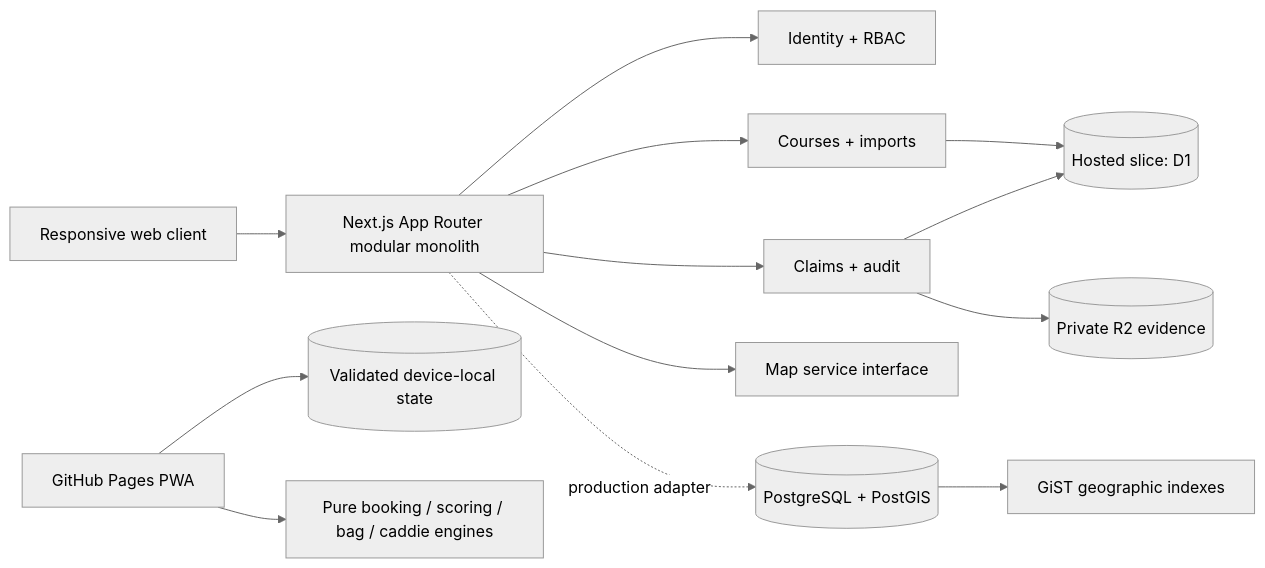
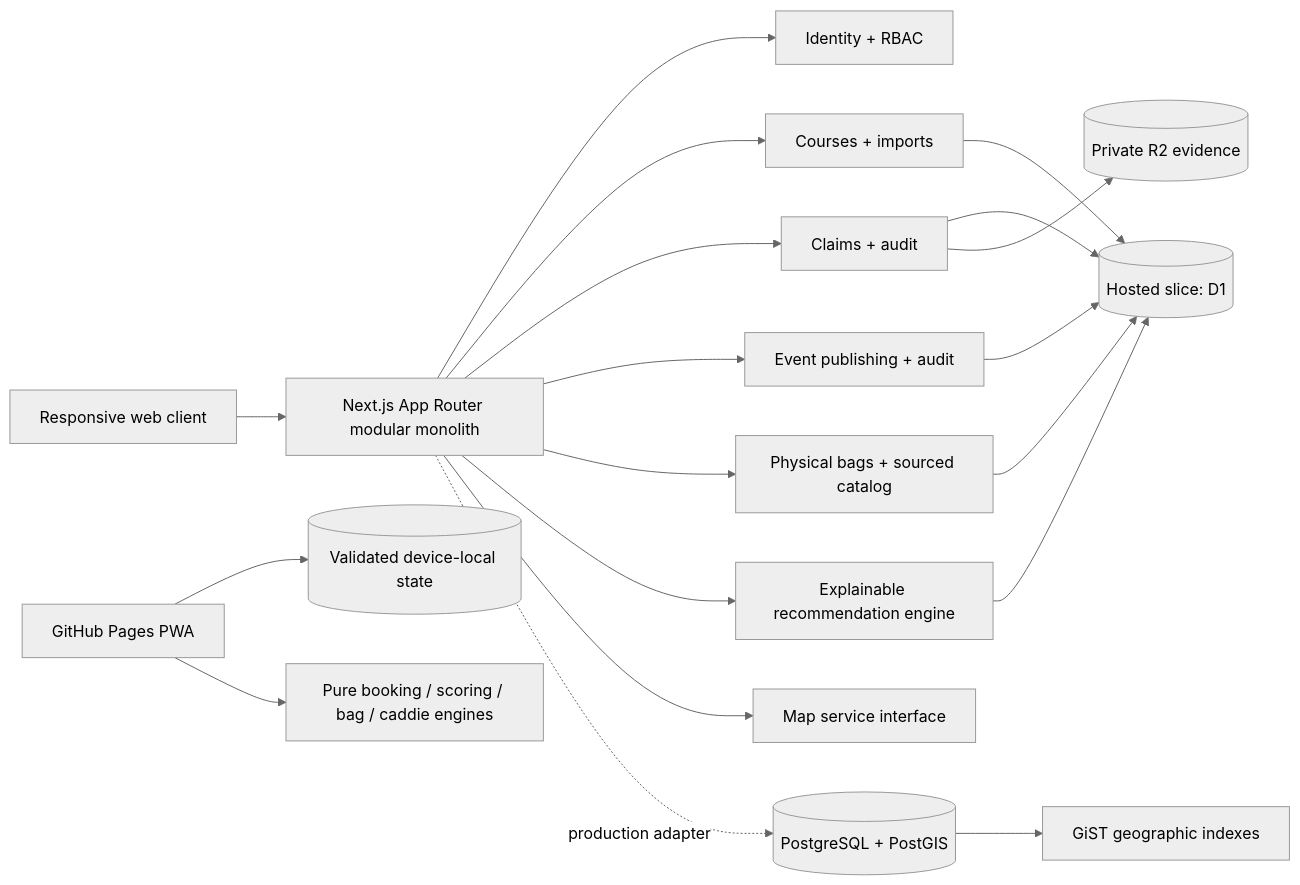
One commit to williamjblodgett/FlightForge changed the diagram in docs/ARCHITECTURE.md. Above: the diagram before and after it, drawn with Mermaid (neutral theme). The commit also changed other lines of this file and 60 other files, not shown here.

Commit message:
Ship event publishing and intelligent disc bags

````diff
--- a/docs/ARCHITECTURE.md
+++ b/docs/ARCHITECTURE.md
@@ -7,15 +7,21 @@
 ```mermaid
 flowchart LR
   Browser[Responsive web client] --> App[Next.js App Router modular monolith]
   Pages[GitHub Pages PWA] --> Local[(Validated device-local state)]
   Pages --> Engines[Pure booking / scoring / bag / caddie engines]
   App --> Auth[Identity + RBAC]
   App --> Courses[Courses + imports]
   App --> Claims[Claims + audit]
+  App --> Events[Event publishing + audit]
+  App --> Bags[Physical bags + sourced catalog]
+  App --> Caddie[Explainable recommendation engine]
   App --> Maps[Map service interface]
   Courses --> D1[(Hosted slice: D1)]
   Claims --> D1
+  Events --> D1
+  Bags --> D1
+  Caddie --> D1
   Claims --> R2[(Private R2 evidence)]
   App -. production adapter .-> PG[(PostgreSQL + PostGIS)]
   PG --> Geo[GiST geographic indexes]
 ```
````
